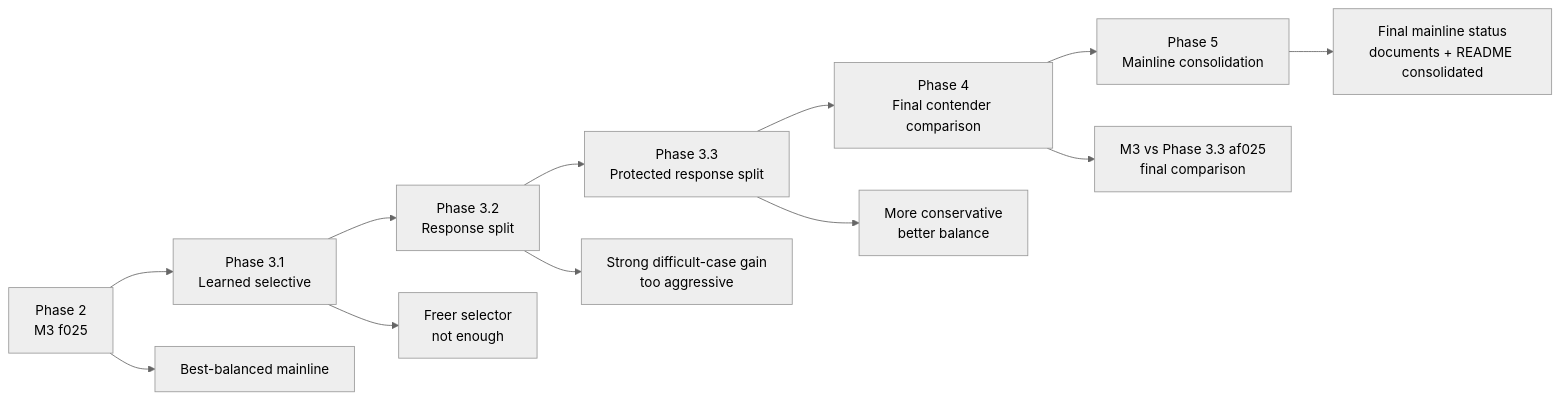
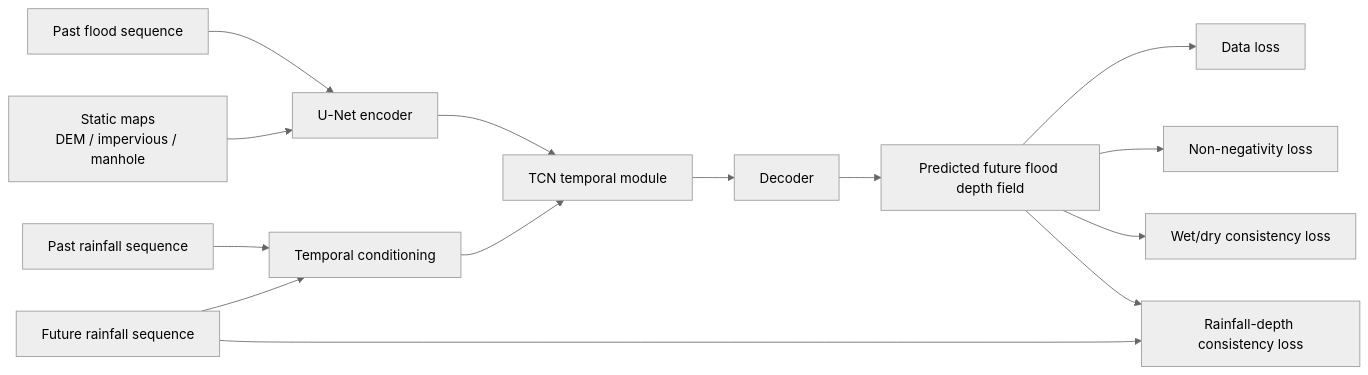
One commit to HolyLin990604/physics-guided-urban-flood-prediction changed the diagram in README.md. Above: the diagram before and after it, drawn with Mermaid (neutral theme). The commit also changed other lines of this file and 4 other files, not shown here.

Commit message:
docs: sync phase6 and phase7 conclusions into mainline docs

````diff
--- a/README.md
+++ b/README.md
@@ -69,15 +7,18 @@
 ```mermaid
 flowchart LR
-    A[Phase 2<br/>M3 f025] --> B[Phase 3.1<br/>Learned selective]
-    B --> C[Phase 3.2<br/>Response split]
-    C --> D[Phase 3.3<br/>Protected response split]
-    D --> E[Phase 4<br/>Final contender comparison]
-    E --> F[Phase 5<br/>Mainline consolidation]
+    A[Past flood sequence] --> B[U-Net encoder]
+    C[Past rainfall sequence] --> D[Temporal conditioning]
+    E[Future rainfall sequence] --> D
+    F[Static maps<br/>DEM / impervious / manhole] --> B
 
-    A --> A1[Best-balanced mainline]
-    B --> B1[Freer selector<br/>not enough]
-    C --> C1[Strong difficult-case gain<br/>too aggressive]
-    D --> D1[More conservative<br/>better balance]
-    E --> E1[M3 vs Phase 3.3 af025<br/>final comparison]
-    F --> F1[Final mainline status<br/>documents + README consolidated]
+    B --> G[TCN temporal module]
+    D --> G
+    G --> H[Decoder]
+    H --> I[Predicted future flood depth field]
+
+    I --> J[Data loss]
+    I --> K[Non-negativity loss]
+    I --> L[Wet/dry consistency loss]
+    I --> M[Rainfall-depth consistency loss]
+    E --> M
 ```
````
